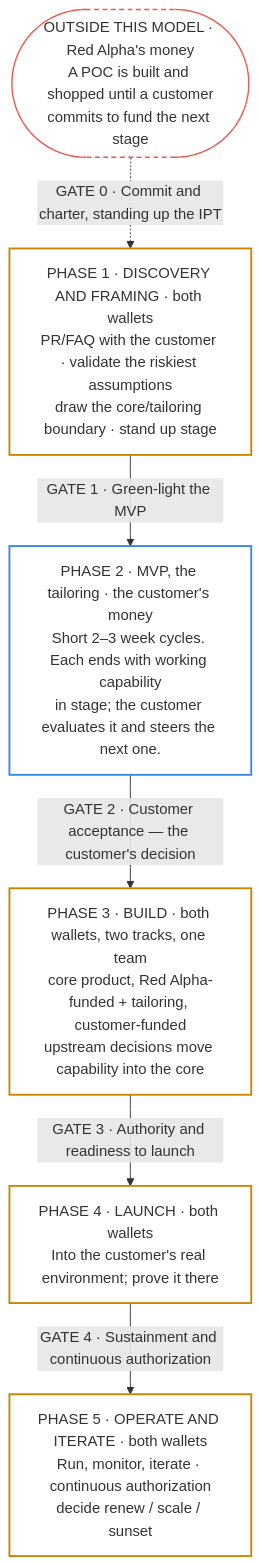
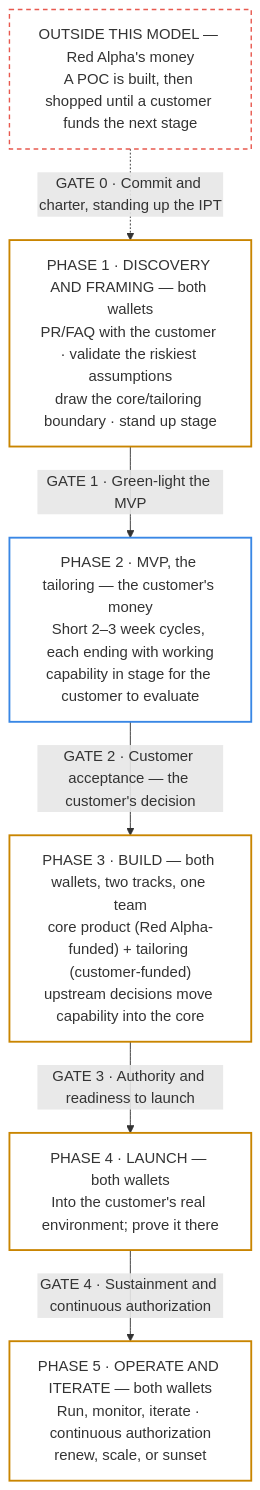
Before and after one commit to RA-Rob/IPT-Workflow: the diagram in docs/02-ipt-model-overview.md, drawn with Mermaid. The commit also changed 1 other file, not shown here.

Commit message:
Let the diagram source control its own line breaks
Mermaid's wrappingWidth defaults to 200px, which re-wrapped every label and
ignored the <br/> breaks in the source: the pipeline rendered as a 272px
column 1366px tall, with gate labels broken across three lines. Widened to
520px and tightened the label text so each box is three short lines.

````diff
--- a/docs/02-ipt-model-overview.md
+++ b/docs/02-ipt-model-overview.md
@@ -76,26 +76,26 @@
 ```mermaid
 flowchart TD
     accTitle: The IPT lifecycle, from a shopped POC through five gated phases to sustained operation
     accDescr: A Red Alpha-funded POC sits outside the model. Gate 0 charters the IPT, then five phases follow — Discovery and Framing, MVP, Build, Launch, and Operate and Iterate — each closed by the next numbered gate. Gate 2 is the funding customer's decision.
 
-    POC(["OUTSIDE THIS MODEL · Red Alpha's money<br/>A POC is built and shopped until a customer<br/>commits to fund the next stage"])
-    D["PHASE 1 · DISCOVERY AND FRAMING · both wallets<br/>PR/FAQ with the customer · validate the riskiest assumptions<br/>draw the core/tailoring boundary · stand up stage"]
-    M["PHASE 2 · MVP, the tailoring · the customer's money<br/>Short 2–3 week cycles. Each ends with working capability<br/>in stage; the customer evaluates it and steers the next one."]
-    B["PHASE 3 · BUILD · both wallets, two tracks, one team<br/>core product, Red Alpha-funded + tailoring, customer-funded<br/>upstream decisions move capability into the core"]
-    L["PHASE 4 · LAUNCH · both wallets<br/>Into the customer's real environment; prove it there"]
-    O["PHASE 5 · OPERATE AND ITERATE · both wallets<br/>Run, monitor, iterate · continuous authorization<br/>decide renew / scale / sunset"]
+    POC["OUTSIDE THIS MODEL — Red Alpha's money<br/>A POC is built, then shopped until a customer funds the next stage"]
+    D["PHASE 1 · DISCOVERY AND FRAMING — both wallets<br/>PR/FAQ with the customer · validate the riskiest assumptions<br/>draw the core/tailoring boundary · stand up stage"]
+    M["PHASE 2 · MVP, the tailoring — the customer's money<br/>Short 2–3 week cycles, each ending with working<br/>capability in stage for the customer to evaluate"]
+    B["PHASE 3 · BUILD — both wallets, two tracks, one team<br/>core product (Red Alpha-funded) + tailoring (customer-funded)<br/>upstream decisions move capability into the core"]
+    L["PHASE 4 · LAUNCH — both wallets<br/>Into the customer's real environment; prove it there"]
+    O["PHASE 5 · OPERATE AND ITERATE — both wallets<br/>Run, monitor, iterate · continuous authorization<br/>renew, scale, or sunset"]
 
     POC -. "GATE 0 · Commit and charter, standing up the IPT" .-> D
     D -- "GATE 1 · Green-light the MVP" --> M
     M -- "GATE 2 · Customer acceptance — the customer's decision" --> B
     B -- "GATE 3 · Authority and readiness to launch" --> L
     L -- "GATE 4 · Sustainment and continuous authorization" --> O
 
     classDef outside fill:transparent,stroke:#e8594f,stroke-width:1.5px,stroke-dasharray:5 4
     classDef customer fill:transparent,stroke:#3987e5,stroke-width:2px
     classDef both fill:transparent,stroke:#c98500,stroke-width:2px
 
     class POC outside
     class M customer
     class D,B,L,O both
 ```
````
